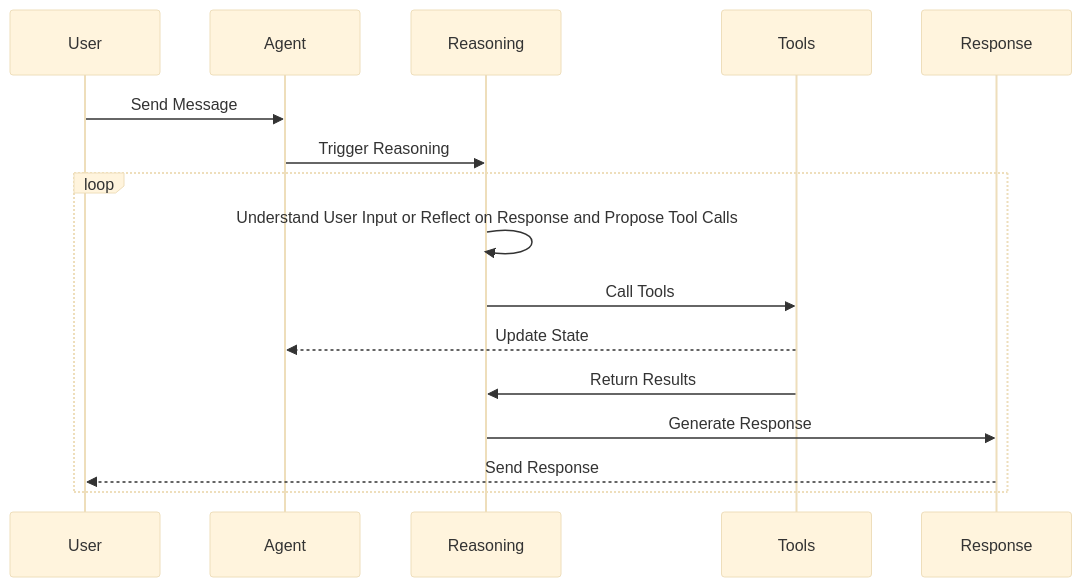
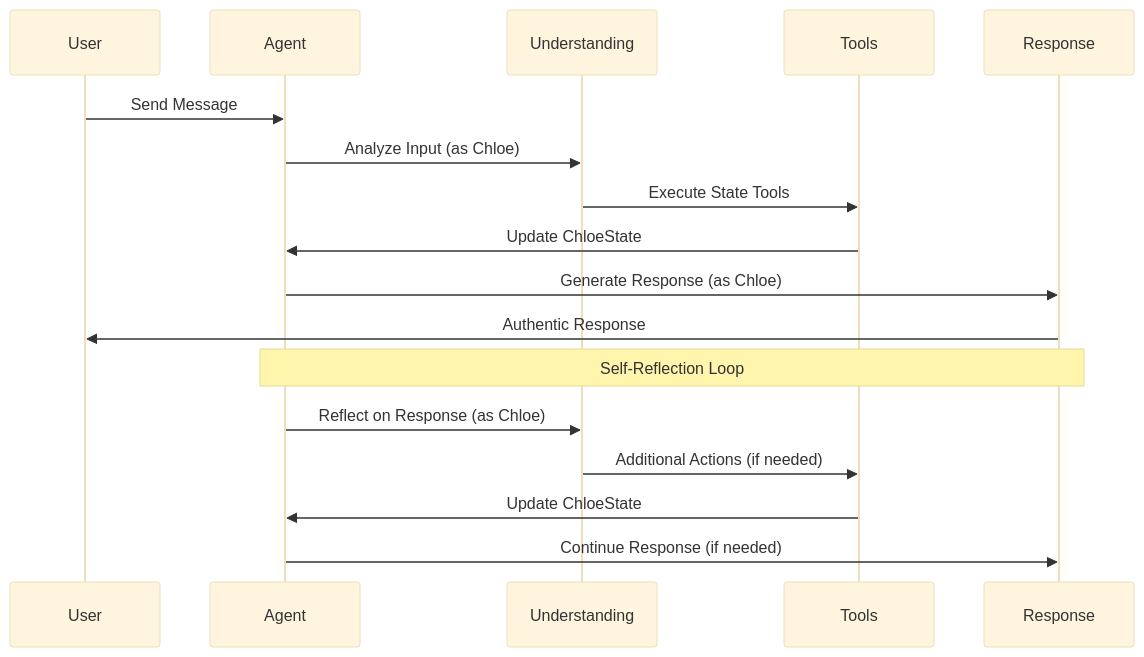
Before and after one commit to demmel/companion: the diagram in docs/chloe_design.md, drawn with Mermaid (base theme). The commit also changed other lines of this file and 15 other files, not shown here.

Commit message:
Chloe first-person reasoning

````diff
--- a/docs/chloe_design.md
+++ b/docs/chloe_design.md
@@ -66,19 +84,21 @@
 ```mermaid
 sequenceDiagram
     participant User
     participant Agent
-    participant Reasoning
+    participant Understanding
     participant Tools
     participant Response
 
     User->>Agent: Send Message
-    Agent->>Reasoning: Trigger Reasoning
-    loop
-        Reasoning->>Reasoning: Understand User Input or Reflect on Response and Propose Tool Calls
-        Reasoning->>Tools: Call Tools
-        Tools-->>Agent: Update State
-        Tools->>Reasoning: Return Results
-        Reasoning->>Response: Generate Response
-        Response-->>User: Send Response
-    end
+    Agent->>Understanding: Analyze Input (as Chloe)
+    Understanding->>Tools: Execute State Tools
+    Tools->>Agent: Update ChloeState
+    Agent->>Response: Generate Response (as Chloe)
+    Response->>User: Authentic Response
+
+    Note over Agent,Response: Self-Reflection Loop
+    Agent->>Understanding: Reflect on Response (as Chloe)
+    Understanding->>Tools: Additional Actions (if needed)
+    Tools->>Agent: Update ChloeState
+    Agent->>Response: Continue Response (if needed)
 ```
````
